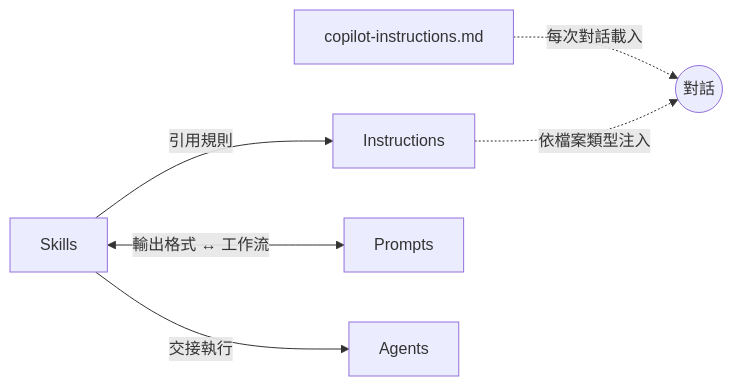
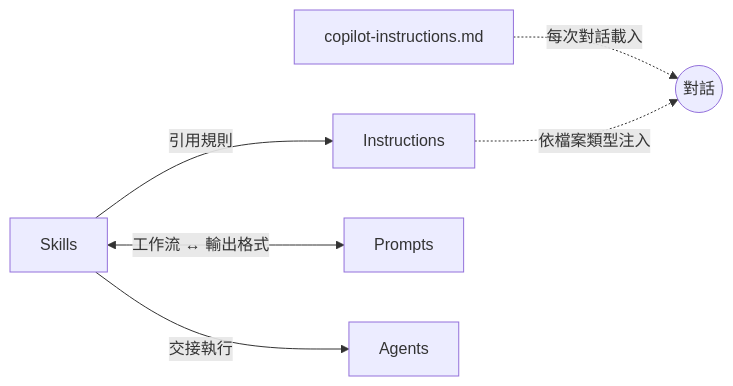
One commit to zexion7873/copilot-setting changed the second of 2 diagrams in README.zh-TW.md. Above: the diagram before and after it, drawn with Mermaid. The commit also changed 1 other file, not shown here.

Commit message:
fix(docs): swap Skills/Prompts label direction in cross-reference diagram

````diff
--- a/README.zh-TW.md
+++ b/README.zh-TW.md
@@ -196,8 +196,8 @@
 ```mermaid
 flowchart LR
     CI[copilot-instructions.md] -.->|每次對話載入| Chat((對話))
     Inst[Instructions] -.->|依檔案類型注入| Chat
     Skills -->|引用規則| Inst
-    Skills <-->|輸出格式 ↔ 工作流| Prompts
+    Skills <-->|工作流 ↔ 輸出格式| Prompts
     Skills -->|交接執行| Agents
 ```
````
